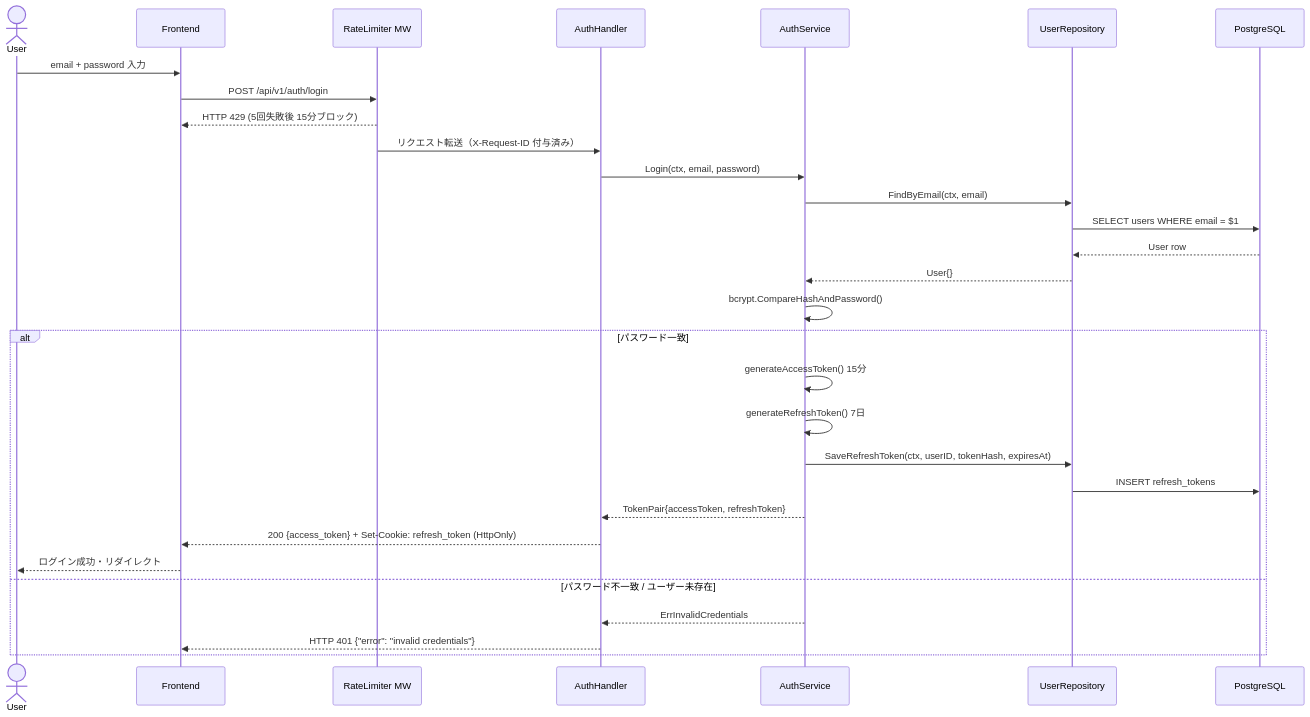
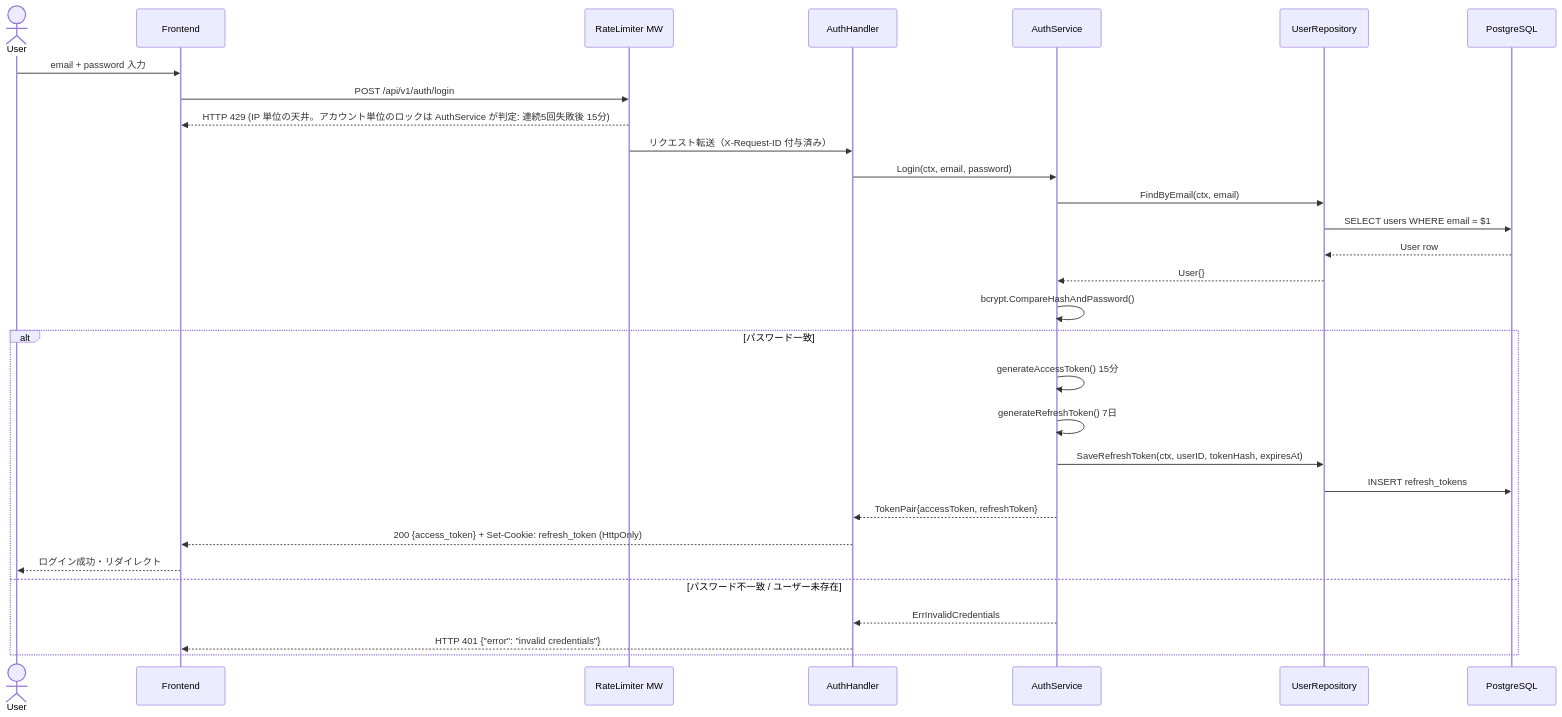
One commit to kava2108/booking changed the second of 4 diagrams in .kiro/specs/user-auth/design.md. Above: the diagram before and after it, drawn with Mermaid. The commit also changed 88 other files, not shown here.

First line of the commit message:
feat(auth): add user-auth service/handler, account-based login lockout, unify API under /api/v1

````diff
--- a/.kiro/specs/user-auth/design.md
+++ b/.kiro/specs/user-auth/design.md
@@ -84,33 +84,33 @@
 ```mermaid
 sequenceDiagram
   actor User
   participant FE as Frontend
   participant RL as RateLimiter MW
   participant H as AuthHandler
   participant S as AuthService
   participant R as UserRepository
   participant DB as PostgreSQL
 
   User->>FE: email + password 入力
   FE->>RL: POST /api/v1/auth/login
-  RL-->>FE: HTTP 429 (5回失敗後 15分ブロック)
+  RL-->>FE: HTTP 429 (IP 単位の天井。アカウント単位のロックは AuthService が判定: 連続5回失敗後 15分)
   RL->>H: リクエスト転送（X-Request-ID 付与済み）
   H->>S: Login(ctx, email, password)
   S->>R: FindByEmail(ctx, email)
   R->>DB: SELECT users WHERE email = $1
   DB-->>R: User row
   R-->>S: User{}
   S->>S: bcrypt.CompareHashAndPassword()
   alt パスワード一致
     S->>S: generateAccessToken() 15分
     S->>S: generateRefreshToken() 7日
     S->>R: SaveRefreshToken(ctx, userID, tokenHash, expiresAt)
     R->>DB: INSERT refresh_tokens
     S-->>H: TokenPair{accessToken, refreshToken}
     H-->>FE: 200 {access_token} + Set-Cookie: refresh_token (HttpOnly)
     FE-->>User: ログイン成功・リダイレクト
   else パスワード不一致 / ユーザー未存在
     S-->>H: ErrInvalidCredentials
     H-->>FE: HTTP 401 {"error": "invalid credentials"}
   end
 ```
````
